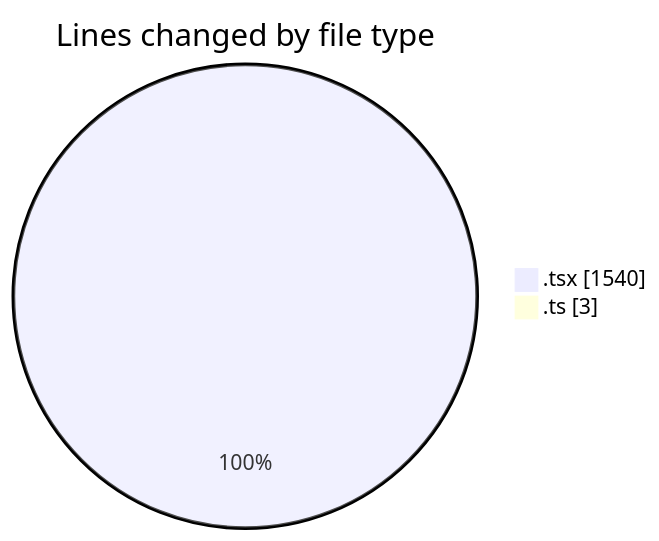
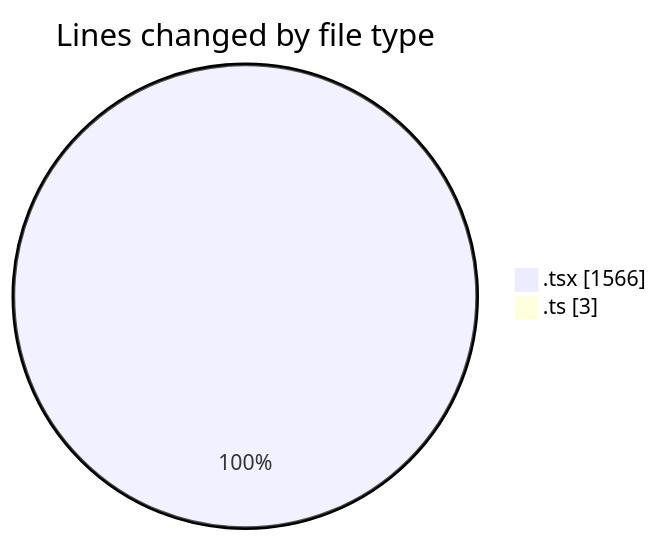
The first of 2 diagrams in 2025-02-12/cda/README.md (momahboobian/code-tracking), drawn with Mermaid before and after one commit. The commit also changed other lines of this file and 1 other file, not shown here.

Commit message:
Here is a concise commit message based on the provided git diff and modified files: * feat(cda): Added 297 lines of code to RequestForm.tsx and increased the active time by 15 minutes. * chore(README): Updated the total lines added, removed, net change, and active time in the cda README.md file.

````diff
--- a/2025-02-12/cda/README.md
+++ b/2025-02-12/cda/README.md
@@ -23,6 +23,6 @@
 ```mermaid
 pie showData
 title Lines changed by file type
-".tsx" : 1540
+".tsx" : 1566
 ".ts" : 3
 ```
````
